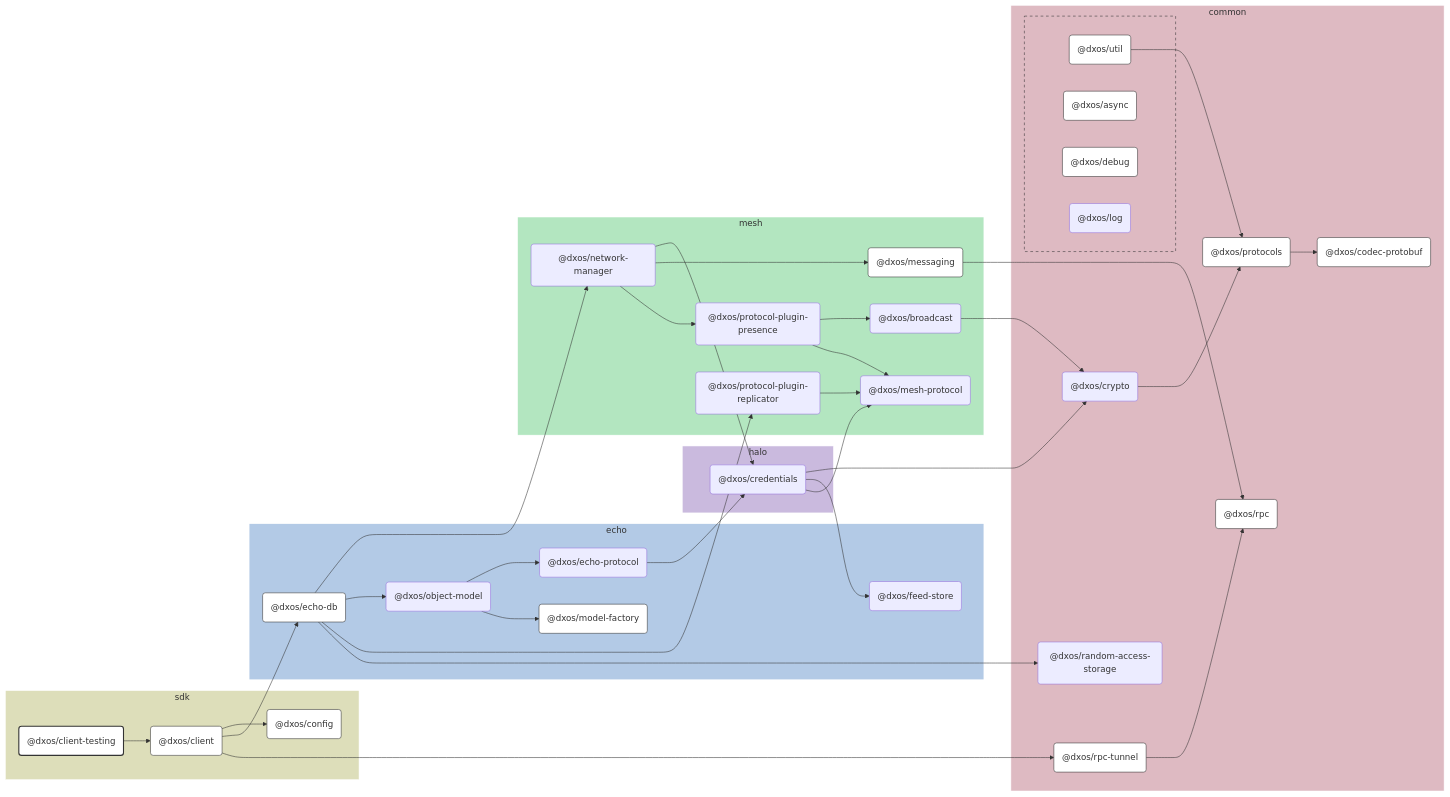
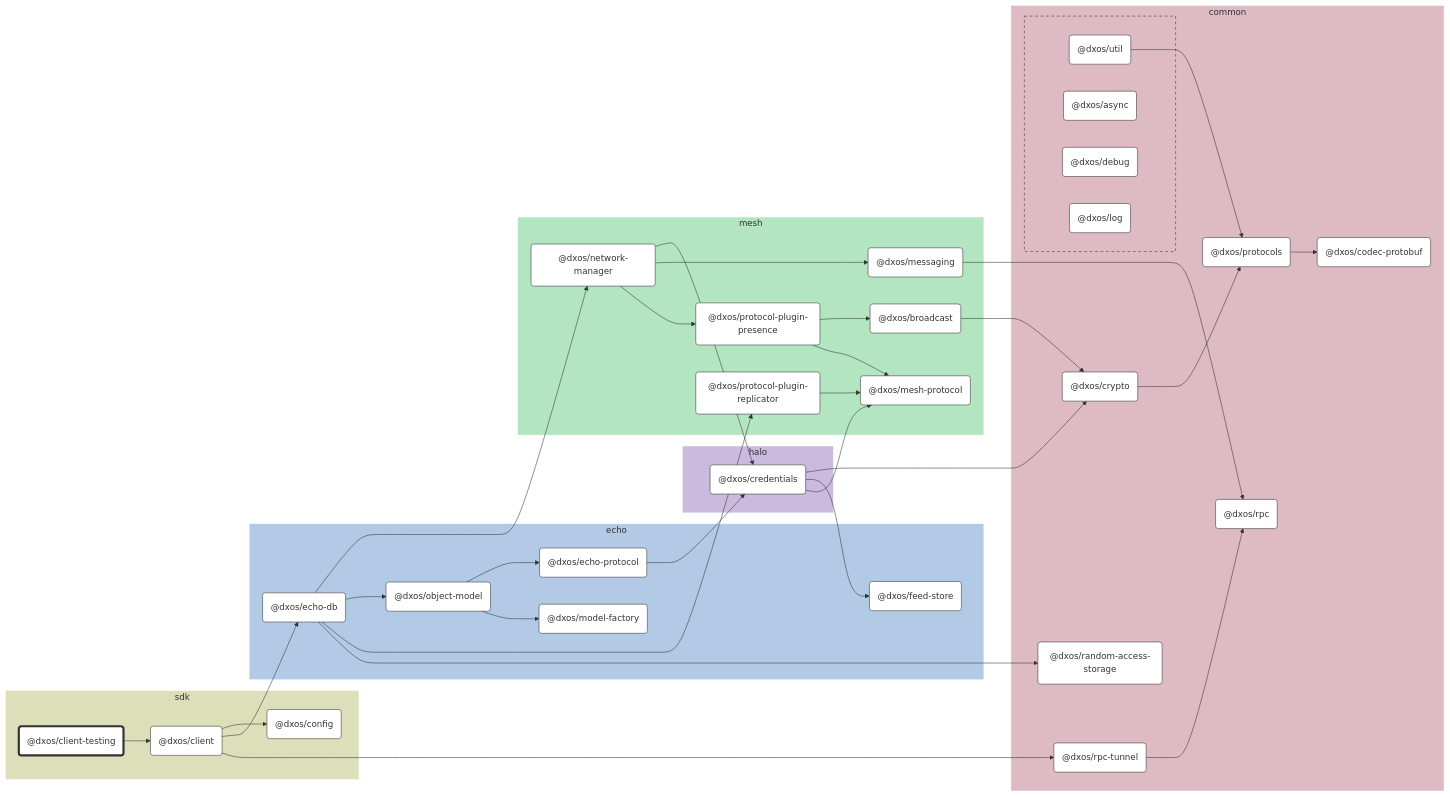
The diagram in packages/sdk/client-testing/docs/README.md (dxos/dxos), drawn with Mermaid before and after one commit. The commit also changed other lines of this file and 86 other files, not shown here.

```diff
--- a/packages/sdk/client-testing/docs/README.md
+++ b/packages/sdk/client-testing/docs/README.md
@@ -96,34 +96,58 @@
 
 %% Hyperlinks
 click dxos/async "dxos/dxos/tree/main/packages/common/async/docs";
+click dxos/broadcast "dxos/dxos/tree/main/packages/mesh/broadcast/docs";
 click dxos/client "dxos/dxos/tree/main/packages/sdk/client/docs";
 click dxos/codec-protobuf "dxos/dxos/tree/main/packages/common/codec-protobuf/docs";
 click dxos/config "dxos/dxos/tree/main/packages/sdk/config/docs";
+click dxos/credentials "dxos/dxos/tree/main/packages/halo/credentials/docs";
+click dxos/crypto "dxos/dxos/tree/main/packages/common/crypto/docs";
 click dxos/debug "dxos/dxos/tree/main/packages/common/debug/docs";
 click dxos/echo-db "dxos/dxos/tree/main/packages/echo/echo-db/docs";
+click dxos/echo-protocol "dxos/dxos/tree/main/packages/echo/echo-protocol/docs";
+click dxos/feed-store "dxos/dxos/tree/main/packages/echo/feed-store/docs";
+click dxos/log "dxos/dxos/tree/main/packages/common/log/docs";
+click dxos/mesh-protocol "dxos/dxos/tree/main/packages/mesh/mesh-protocol/docs";
 click dxos/messaging "dxos/dxos/tree/main/packages/mesh/messaging/docs";
 click dxos/model-factory "dxos/dxos/tree/main/packages/echo/model-factory/docs";
+click dxos/network-manager "dxos/dxos/tree/main/packages/mesh/network-manager/docs";
+click dxos/object-model "dxos/dxos/tree/main/packages/echo/object-model/docs";
+click dxos/protocol-plugin-presence "dxos/dxos/tree/main/packages/mesh/protocol-plugin-presence/docs";
+click dxos/protocol-plugin-replicator "dxos/dxos/tree/main/packages/mesh/protocol-plugin-replicator/docs";
 click dxos/protocols "dxos/dxos/tree/main/packages/common/protocols/docs";
+click dxos/random-access-storage "dxos/dxos/tree/main/packages/common/random-access-storage/docs";
 click dxos/rpc "dxos/dxos/tree/main/packages/common/rpc/docs";
 click dxos/rpc-tunnel "dxos/dxos/tree/main/packages/common/rpc-tunnel/docs";
 click dxos/util "dxos/dxos/tree/main/packages/common/util/docs";
 
 %% Styles
-classDef rootNode fill:#fff,stroke:#333,stroke-width:2px
+classDef rootNode fill:#fff,stroke:#333,stroke-width:4px
 classDef defaultNode fill:#fff,stroke:#333,stroke-width:1px
 linkStyle default stroke:#333,stroke-width:1px
 
 dxos/client-testing:::rootNode
 
 dxos/async:::defaultNode
+dxos/broadcast:::defaultNode
 dxos/client:::defaultNode
 dxos/codec-protobuf:::defaultNode
 dxos/config:::defaultNode
+dxos/credentials:::defaultNode
+dxos/crypto:::defaultNode
 dxos/debug:::defaultNode
 dxos/echo-db:::defaultNode
+dxos/echo-protocol:::defaultNode
+dxos/feed-store:::defaultNode
+dxos/log:::defaultNode
+dxos/mesh-protocol:::defaultNode
 dxos/messaging:::defaultNode
 dxos/model-factory:::defaultNode
+dxos/network-manager:::defaultNode
+dxos/object-model:::defaultNode
+dxos/protocol-plugin-presence:::defaultNode
+dxos/protocol-plugin-replicator:::defaultNode
 dxos/protocols:::defaultNode
+dxos/random-access-storage:::defaultNode
 dxos/rpc:::defaultNode
 dxos/rpc-tunnel:::defaultNode
 dxos/util:::defaultNode
```
